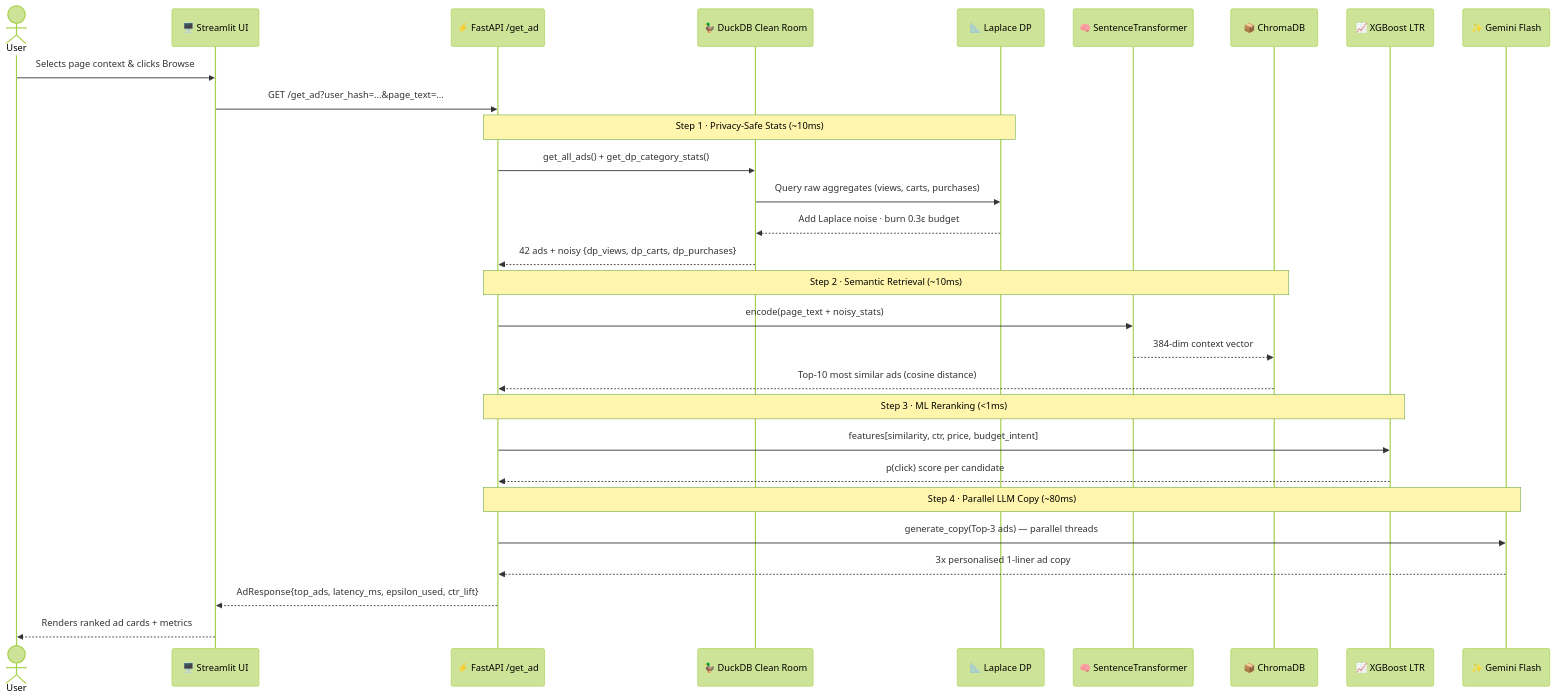
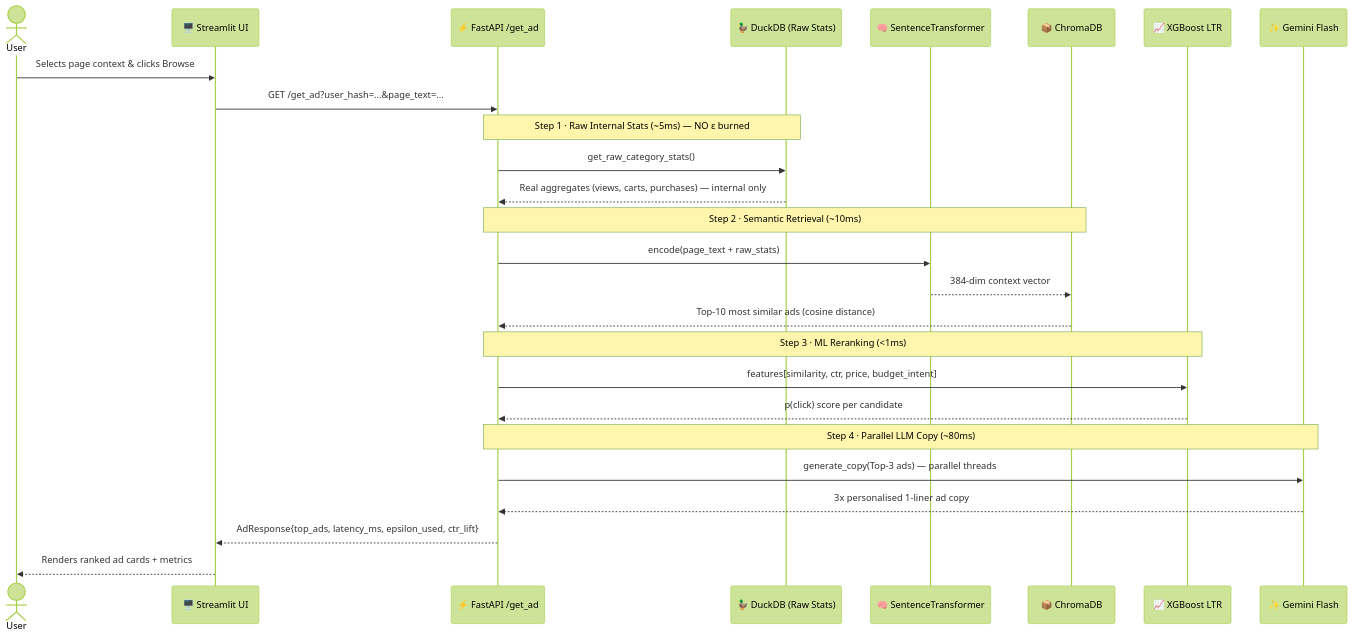
Before and after one commit to shubham0915/rmn-shyftlabs: the second of 8 diagrams in README.md, drawn with Mermaid (forest theme). The commit also changed other lines of this file and 4 other files, not shown here.

````diff
--- a/README.md
+++ b/README.md
@@ -93,37 +130,34 @@
 ```mermaid
 sequenceDiagram
     actor User
     participant ST as 🖥️ Streamlit UI
     participant API as ⚡ FastAPI /get_ad
-    participant CR as 🦆 DuckDB Clean Room
-    participant DP as 📐 Laplace DP
+    participant CR as 🦆 DuckDB (Raw Stats)
     participant EMB as 🧠 SentenceTransformer
     participant VDB as 📦 ChromaDB
     participant XGB as 📈 XGBoost LTR
     participant LLM as ✨ Gemini Flash
 
     User->>ST: Selects page context & clicks Browse
     ST->>API: GET /get_ad?user_hash=...&page_text=...
 
-    Note over API,DP: Step 1 · Privacy-Safe Stats (~10ms)
-    API->>CR: get_all_ads() + get_dp_category_stats()
-    CR->>DP: Query raw aggregates (views, carts, purchases)
-    DP-->>CR: Add Laplace noise · burn 0.3ε budget
-    CR-->>API: 42 ads + noisy {dp_views, dp_carts, dp_purchases}
+    Note over API,CR: Step 1 · Raw Internal Stats (~5ms) — NO ε burned
+    API->>CR: get_raw_category_stats()
+    CR-->>API: Real aggregates (views, carts, purchases) — internal only
 
     Note over API,VDB: Step 2 · Semantic Retrieval (~10ms)
-    API->>EMB: encode(page_text + noisy_stats)
+    API->>EMB: encode(page_text + raw_stats)
     EMB-->>VDB: 384-dim context vector
     VDB-->>API: Top-10 most similar ads (cosine distance)
 
     Note over API,XGB: Step 3 · ML Reranking (<1ms)
     API->>XGB: features[similarity, ctr, price, budget_intent]
     XGB-->>API: p(click) score per candidate
 
     Note over API,LLM: Step 4 · Parallel LLM Copy (~80ms)
     API->>LLM: generate_copy(Top-3 ads) — parallel threads
     LLM-->>API: 3x personalised 1-liner ad copy
 
     API-->>ST: AdResponse{top_ads, latency_ms, epsilon_used, ctr_lift}
     ST-->>User: Renders ranked ad cards + metrics
 ```
````
